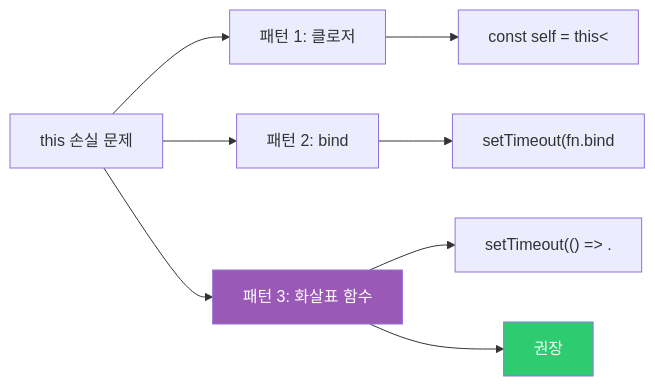
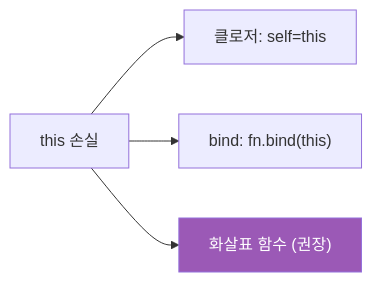
The sixth of 7 diagrams in _posts/frontend/2026-05-02-js-this-binding.md (yjkim2015/yjkim2015.github.io), drawn with Mermaid before and after one commit. The commit also changed other lines of this file and 163 other files, not shown here.

First line of the commit message:
Mermaid 300개 블록 내용 축소: 5노드 5엣지 이하, 의미 있는 약어

````diff
--- a/_posts/frontend/2026-05-02-js-this-binding.md
+++ b/_posts/frontend/2026-05-02-js-this-binding.md
@@ -472,12 +461,7 @@
 ```mermaid
 graph LR
-    PROBLEM["this 손실 문제"] --> P1["패턴 1: 클로저"]
-    PROBLEM --> P2["패턴 2: bind"]
-    PROBLEM --> P3["패턴 3: 화살표 함수"]
-    P1 --> P1D["const self = this<"]
-    P2 --> P2D["setTimeout(fn.bind"]
-    P3 --> P3D["setTimeout(() => ."]
-    P3 --> BEST["권장"]
-    style BEST fill:#2ecc71,color:#fff
+    PROBLEM["this 손실"] --> P1["클로저: self=this"]
+    PROBLEM --> P2["bind: fn.bind(this)"]
+    PROBLEM --> P3["화살표 함수 (권장)"]
     style P3 fill:#9b59b6,color:#fff
 ```
````
